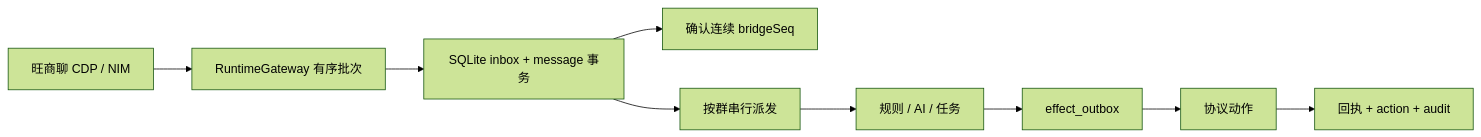
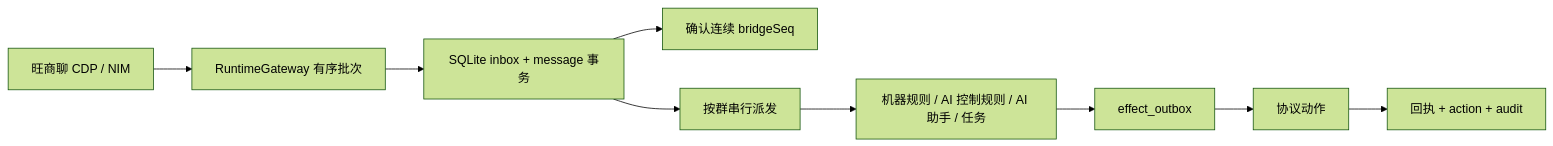
One commit to DH-devmax/d-hbot changed the first of 5 diagrams in docs/ARCHITECTURE.md. Above: the diagram before and after it, drawn with Mermaid (forest theme). The commit also changed other lines of this file and 99 other files, not shown here.

````diff
--- a/docs/ARCHITECTURE.md
+++ b/docs/ARCHITECTURE.md
@@ -17,11 +22,11 @@
 ```mermaid
 flowchart LR
   A["旺商聊 CDP / NIM"] --> B["RuntimeGateway 有序批次"]
   B --> C["SQLite inbox + message 事务"]
   C --> D["确认连续 bridgeSeq"]
   C --> E["按群串行派发"]
-  E --> F["规则 / AI / 任务"]
+  E --> F["机器规则 / AI 控制规则 / AI 助手 / 任务"]
   F --> G["effect_outbox"]
   G --> H["协议动作"]
   H --> I["回执 + action + audit"]
 ```
````
